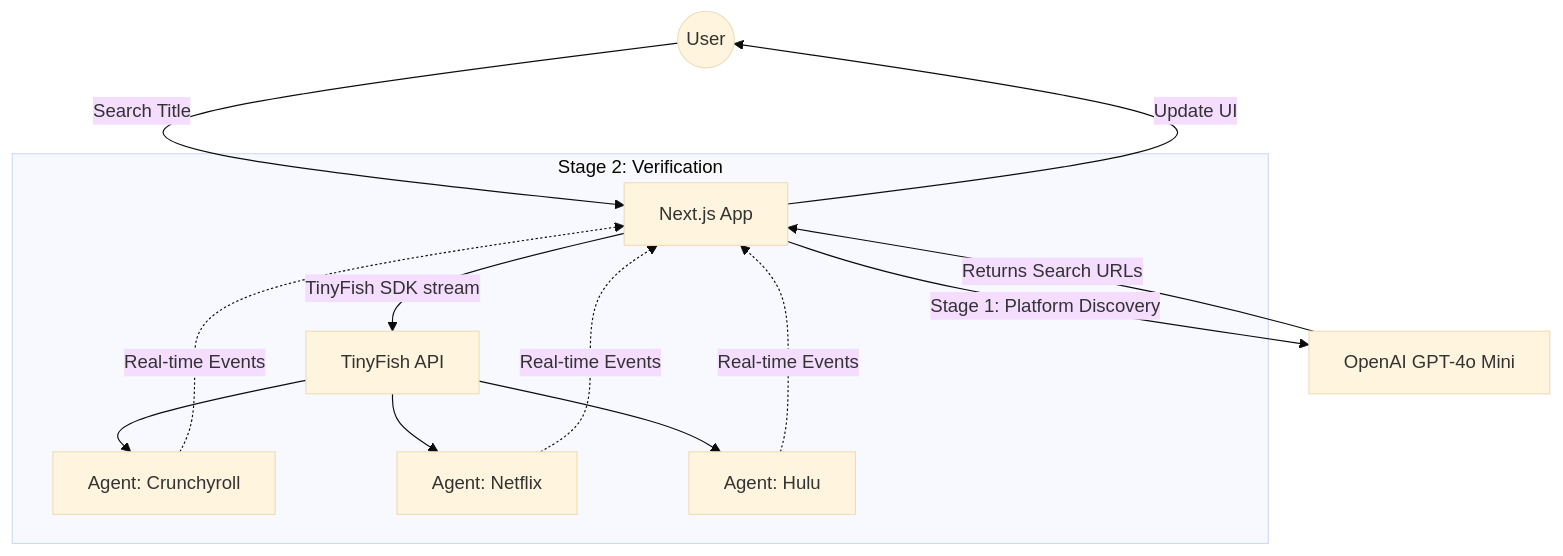
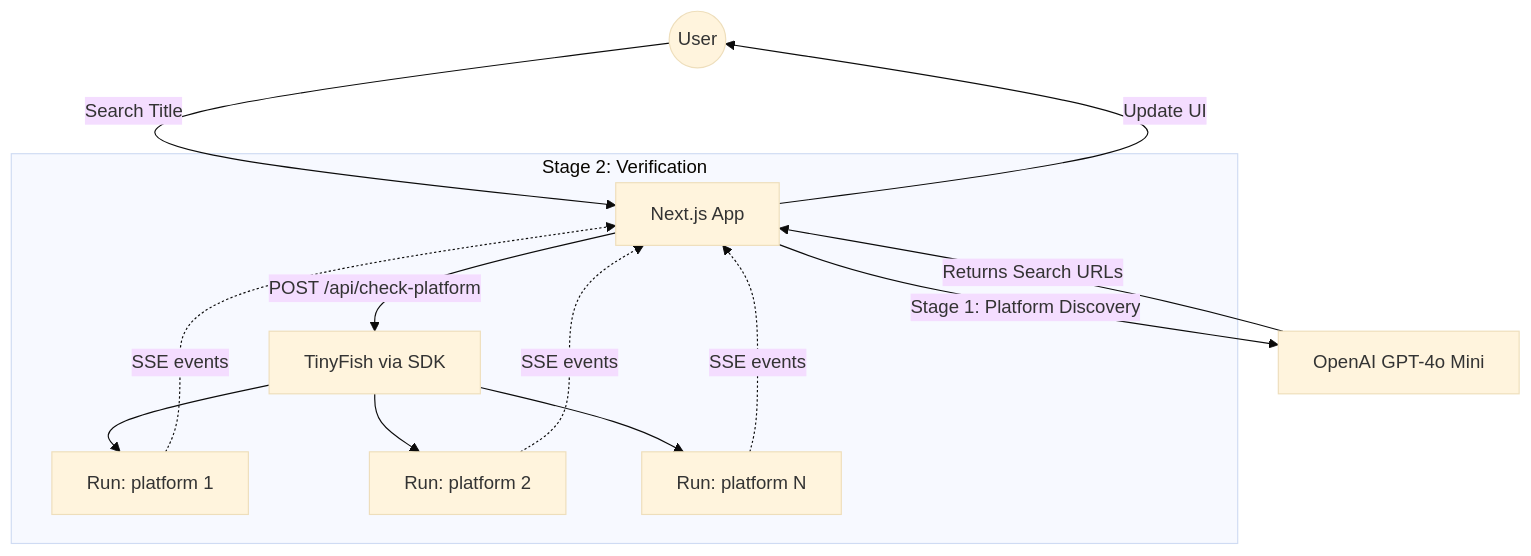
One commit to tinyfish-io/TinyFish-cookbook changed the diagram in anime-watch-hub/README.md. Above: the diagram before and after it, drawn with Mermaid (base theme). The commit also changed other lines of this file and 6 other files, not shown here.

````diff
--- a/anime-watch-hub/README.md
+++ b/anime-watch-hub/README.md
@@ -97,19 +71,19 @@
 ```mermaid
 graph TD
     User((User)) -->|Search Title| FE[Next.js App]
     FE -->|Stage 1: Platform Discovery| OpenAI[OpenAI GPT-4o Mini]
     OpenAI -->|Returns Search URLs| FE
 
     subgraph TinyFish_Agents [Stage 2: Verification]
-        FE -->|TinyFish SDK stream| API[TinyFish API]
-        API --> A1[Agent: Crunchyroll]
-        API --> A2[Agent: Netflix]
-        API --> A3[Agent: Hulu]
+        FE -->|POST /api/check-platform| API[TinyFish via SDK]
+        API --> A1[Run: platform 1]
+        API --> A2[Run: platform 2]
+        API --> A3[Run: platform N]
     end
 
-    A1 -.->|Real-time Events| FE
-    A2 -.->|Real-time Events| FE
-    A3 -.->|Real-time Events| FE
+    A1 -.->|SSE events| FE
+    A2 -.->|SSE events| FE
+    A3 -.->|SSE events| FE
 
     FE -->|Update UI| User
 ```
````
